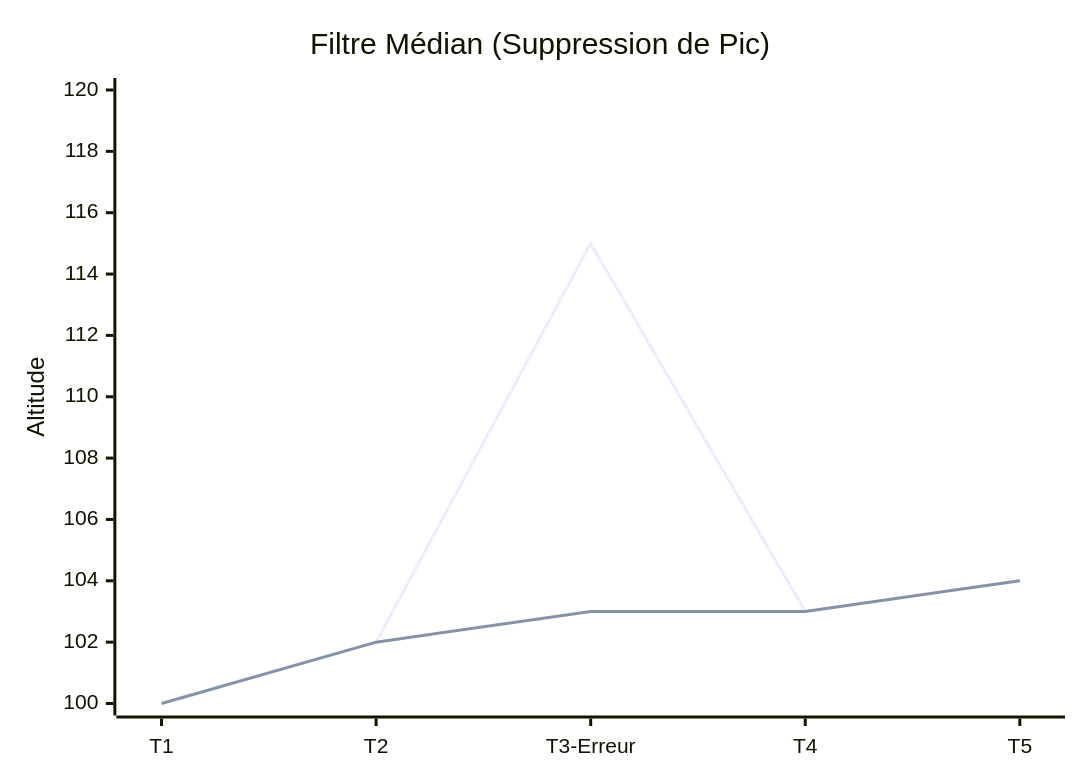
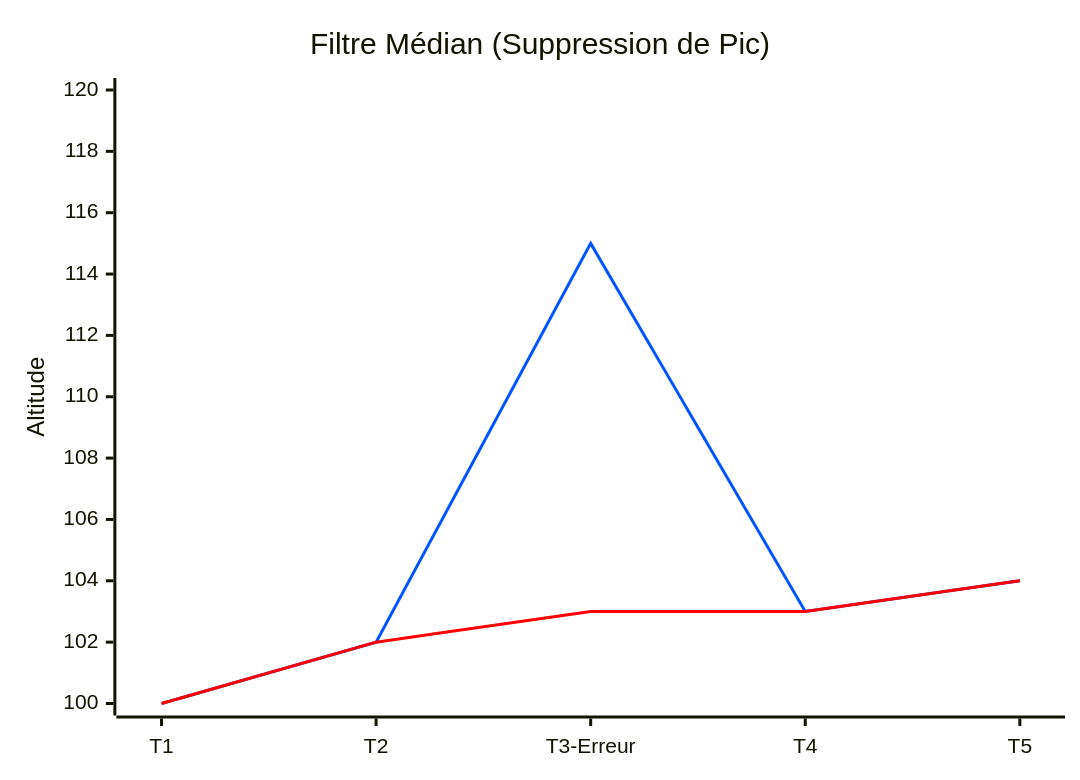
Before and after one commit to JMBaubet/VisuGPS: the third of 5 diagrams in docs/DocAnnexe/AltitudeAlgo.md, drawn with Mermaid. The commit also changed other lines of this file and 1 other file, not shown here.

First line of the commit message:
docs/DocAnnexe: Amélioration de la lisibilité des diagrammes Mermaid (Mode Sombre/Clair)

````diff
--- a/docs/DocAnnexe/AltitudeAlgo.md
+++ b/docs/DocAnnexe/AltitudeAlgo.md
@@ -62,8 +63,9 @@
 ```mermaid
+%%{init: { 'themeVariables': { 'xyChart': { 'plotColorPalette': '#0055ff, #ff0000' } } } }%%
 xychart-beta
     title "Filtre Médian (Suppression de Pic)"
     x-axis [T1, T2, T3-Erreur, T4, T5]
     y-axis "Altitude" 100 --> 120
     line [100, 102, 115, 103, 104]
     line [100, 102, 103, 103, 104]
 ```
````
